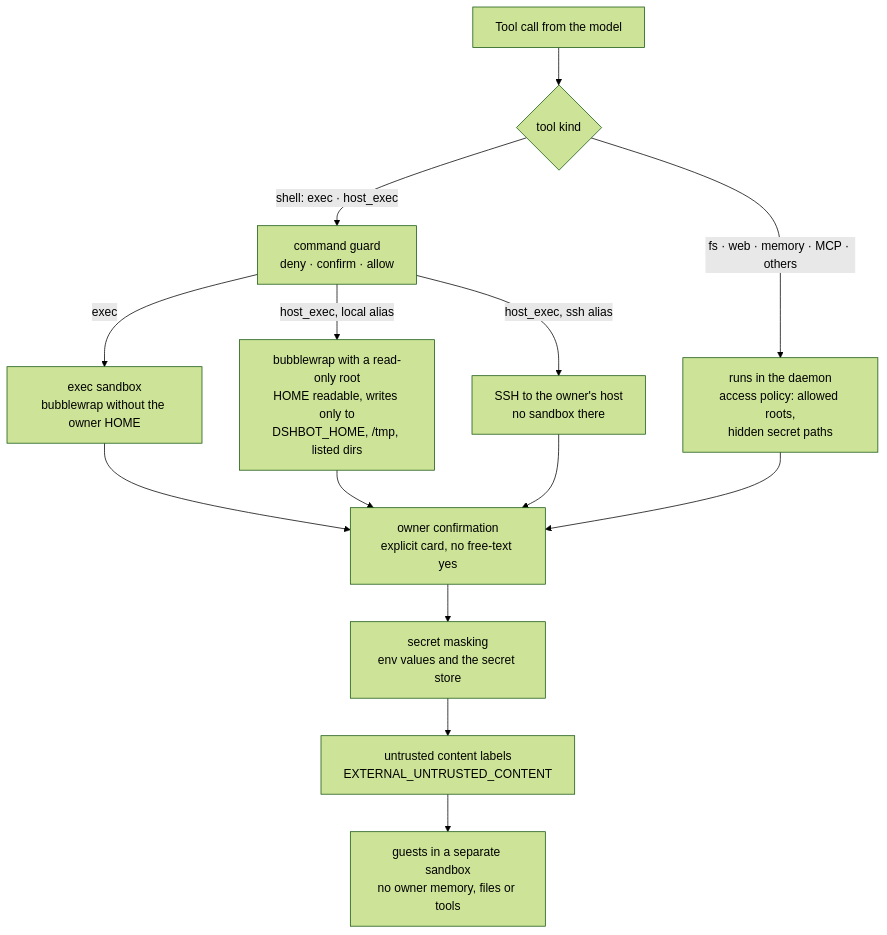
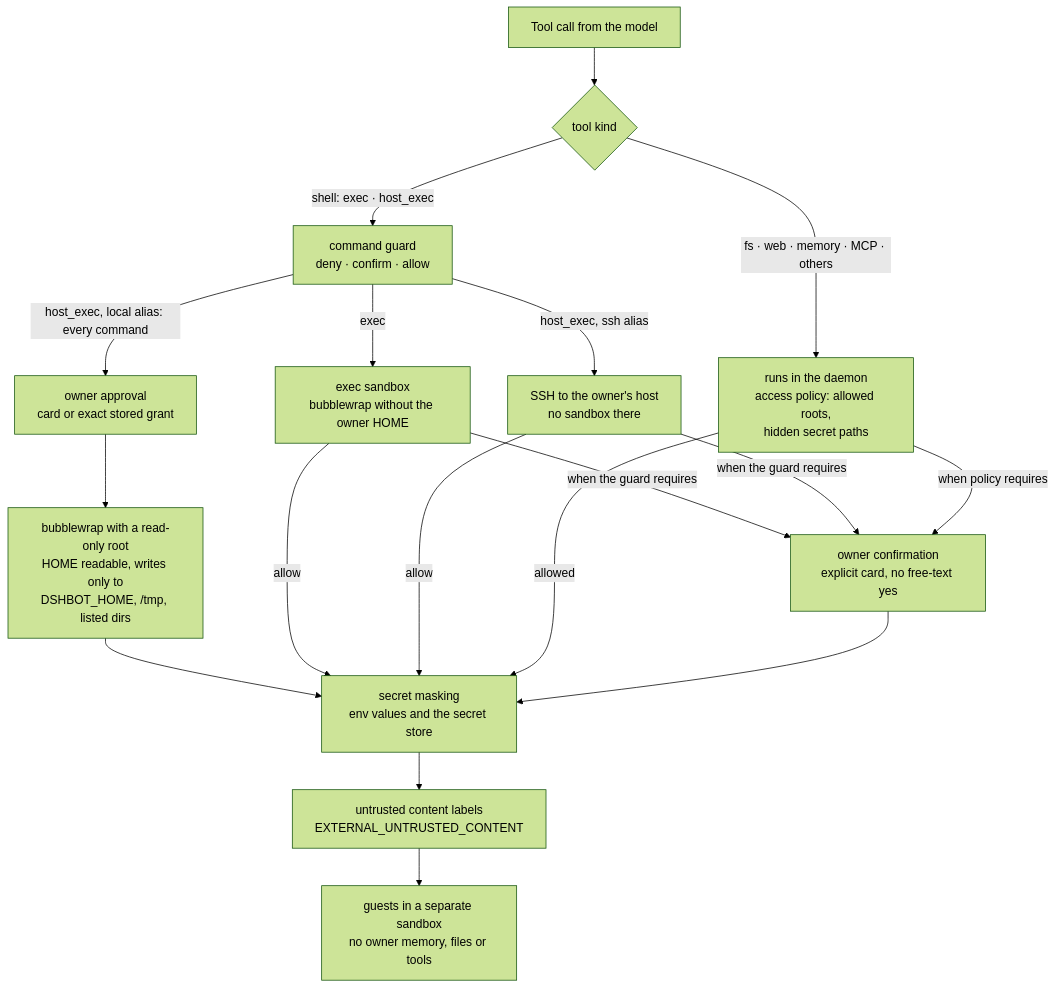
One commit to gon7187/dshbot-agent changed the third of 4 diagrams in README.md. Above: the diagram before and after it, drawn with Mermaid (forest theme). The commit also changed other lines of this file and 454 other files, not shown here.

````diff
--- a/README.md
+++ b/README.md
@@ -120,16 +122,20 @@
 ```mermaid
 flowchart TB
   CALL[Tool call from the model] --> KIND{tool kind}
   KIND -->|shell: exec · host_exec| G1[command guard<br/>deny · confirm · allow]
   G1 -->|exec| G2[exec sandbox<br/>bubblewrap without the owner HOME]
-  G1 -->|host_exec, local alias| H1[bubblewrap with a read-only root<br/>HOME readable, writes only to<br/>DSHBOT_HOME, /tmp, listed dirs]
+  G1 -->|host_exec, local alias: every command| HC[owner approval<br/>card or exact stored grant]
+  HC --> H1[bubblewrap with a read-only root<br/>HOME readable, writes only to<br/>DSHBOT_HOME, /tmp, listed dirs]
   G1 -->|host_exec, ssh alias| H2[SSH to the owner's host<br/>no sandbox there]
   KIND -->|fs · web · memory · MCP · others| P1[runs in the daemon<br/>access policy: allowed roots,<br/>hidden secret paths]
-  G2 --> G3[owner confirmation<br/>explicit card, no free-text yes]
-  H1 --> G3
-  H2 --> G3
-  P1 --> G3
+  G2 -->|when the guard requires| G3[owner confirmation<br/>explicit card, no free-text yes]
+  H1 --> G4
+  H2 -->|when the guard requires| G3
+  P1 -->|when policy requires| G3
+  G2 -->|allow| G4
+  H2 -->|allow| G4
+  P1 -->|allowed| G4
   G3 --> G4[secret masking<br/>env values and the secret store]
   G4 --> G5[untrusted content labels<br/>EXTERNAL_UNTRUSTED_CONTENT]
   G5 --> G6[guests in a separate sandbox<br/>no owner memory, files or tools]
 ```
````
